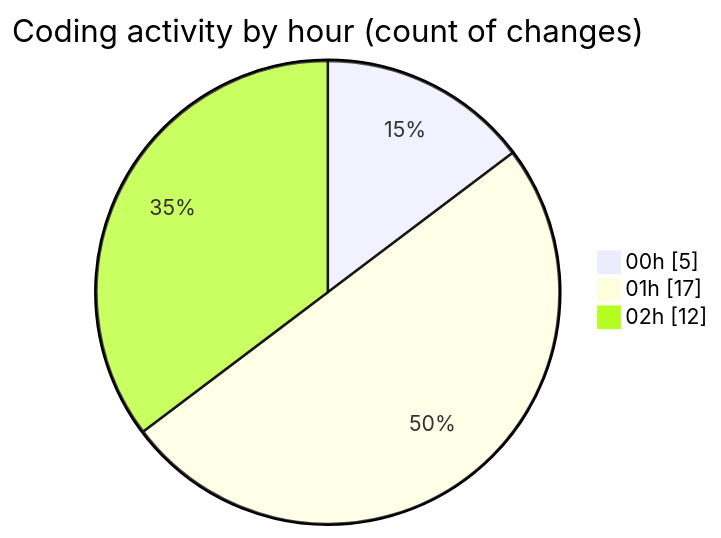
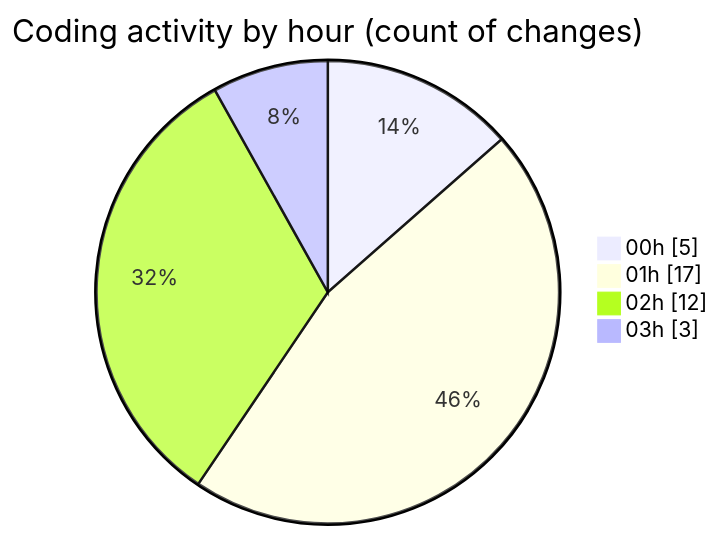
The second of 2 diagrams in 2025-08-04/tw-server/README.md (EIIisD/code-tracking), drawn with Mermaid before and after one commit. The commit also changed other lines of this file and 1 other file, not shown here.

````diff
--- a/2025-08-04/tw-server/README.md
+++ b/2025-08-04/tw-server/README.md
@@ -31,7 +31,8 @@
 ```mermaid
 pie showData
 title Coding activity by hour (count of changes)
 "00h" : 5
 "01h" : 17
 "02h" : 12
+"03h" : 3
 ```
````
